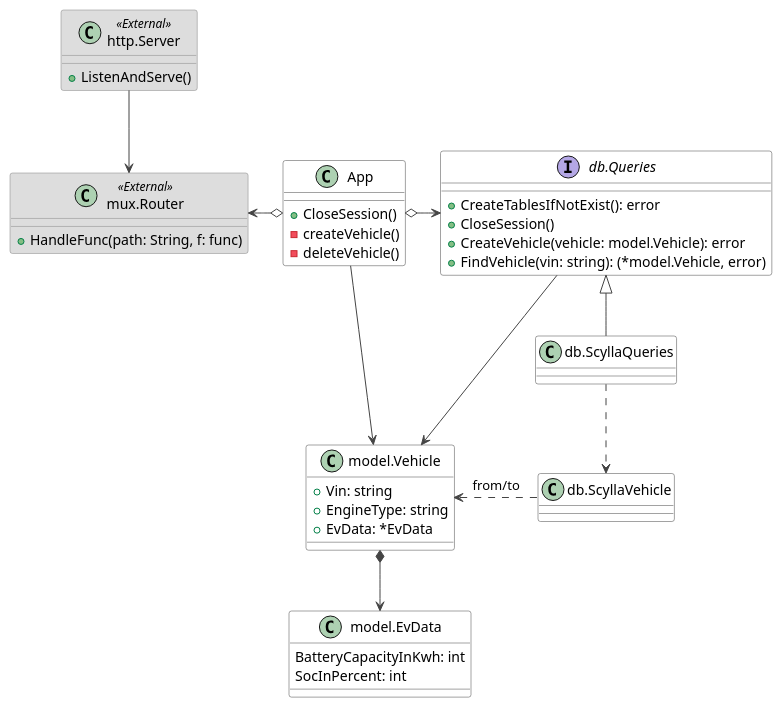
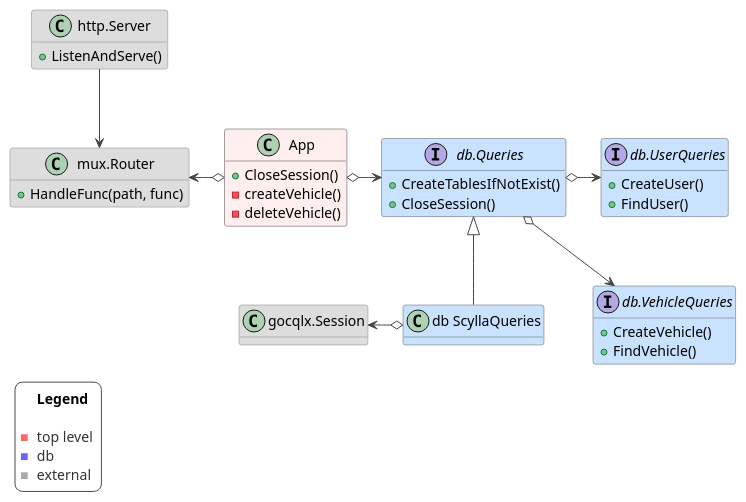
Before and after one commit to bwalter/golang-scylla: the diagram in diagrams/classdiagram.plantuml, drawn with PlantUML.

Commit message:
Update class diagram

```diff
--- a/diagrams/classdiagram.plantuml
+++ b/diagrams/classdiagram.plantuml
@@ -1,66 +1,79 @@
 @startuml Class diagram
 
+hide stereotype
+hide class fields
+hide interface fields
 skinparam shadowing false
 
 skinparam class {
-	BackgroundColor White
+	BackgroundColor #ffeeee
 	ArrowColor #444444
 	BorderColor #444444
 
-	BackgroundColor<<External>> #dddddd
-	BorderColor<<External>> Gray
+	BackgroundColor<<external>> #dddddd
+	BorderColor<<external>> Gray
+
+	BackgroundColor<<db>> #c9e2ff
+	BorderColor<<db>> #5c5c5c
 }
 
-class HttpServer as "http.Server" <<External>> {
+skinparam legendBackgroundColor #ffffff
+skinparam legendBorderColor #4c4c4c
+skinparam LegendFontColor #ffffff
+skinparam LegendFontSize 14
+
+class HttpServer as "http.Server" <<external>> {
     + ListenAndServe()
 }
 
 class App {
     + CloseSession()
     - createVehicle()
     - deleteVehicle()
 }
-class Router as "mux.Router" <<External>> {
-    + HandleFunc(path: String, f: func)
+class Router as "mux.Router" <<external>> {
+    + HandleFunc(path, func)
 }
 
-interface Queries as "db.Queries" {
-	+ CreateTablesIfNotExist(): error
+HttpServer -down-> Router
+App o-left-> Router
+
+interface Queries as "db.Queries" <<db>> {
+	+ CreateTablesIfNotExist()
 	+ CloseSession()
-	+ CreateVehicle(vehicle: model.Vehicle): error
-	+ FindVehicle(vin: string): (*model.Vehicle, error)
 }
 
-class Vehicle as "model.Vehicle" {
-	+ Vin: string
-	+ EngineType: string
-	+ EvData: *EvData
+interface VehicleQueries as "db.VehicleQueries" <<db>> {
+	+ CreateVehicle()
+	+ FindVehicle()
 }
 
-class EvData as "model.EvData" {
-	BatteryCapacityInKwh: int
-	SocInPercent: int
+interface UserQueries as "db.UserQueries" <<db>> {
+	+ CreateUser()
+	+ FindUser()
 }
 
-Queries ---> Vehicle
-Vehicle *-down-> EvData
+class ScyllaQueries as "db ScyllaQueries" <<db>>
 
-class ScyllaQueries as "db.ScyllaQueries"
-class ScyllaVehicle as "db.ScyllaVehicle"
+Queries o-> UserQueries
+Queries o-right-> VehicleQueries
+UserQueries -[hidden]down- VehicleQueries
 
-ScyllaQueries .do.> ScyllaVehicle
+class ScyllaSession as "gocqlx.Session" <<external>>
 
-HttpServer -down-> Router
+App o-> Queries
+UserQueries -[hidden]down- VehicleQueries
+ScyllaQueries o-left-> ScyllaSession
 
-App o-left-> Router
-App o-> Queries
-App ---> Vehicle
-Queries <|-- ScyllaQueries
+Queries <|-down- ScyllaQueries
 
 Router -[hidden]right- Queries
 
-ScyllaVehicle .left.> Vehicle : from/to
-
-Vehicle -[hidden]right- ScyllaVehicle
+legend left
+|= |= <color:#000000>Legend  \n|
+|<color:#ff6666>■</color>| <color:#333333>top level |
+|<color:#6666ff>■</color>| <color:#333333>db |
+|<color:#aaaaaa>■</color>| <color:#333333>external |
+endlegend
 
 @enduml
```
